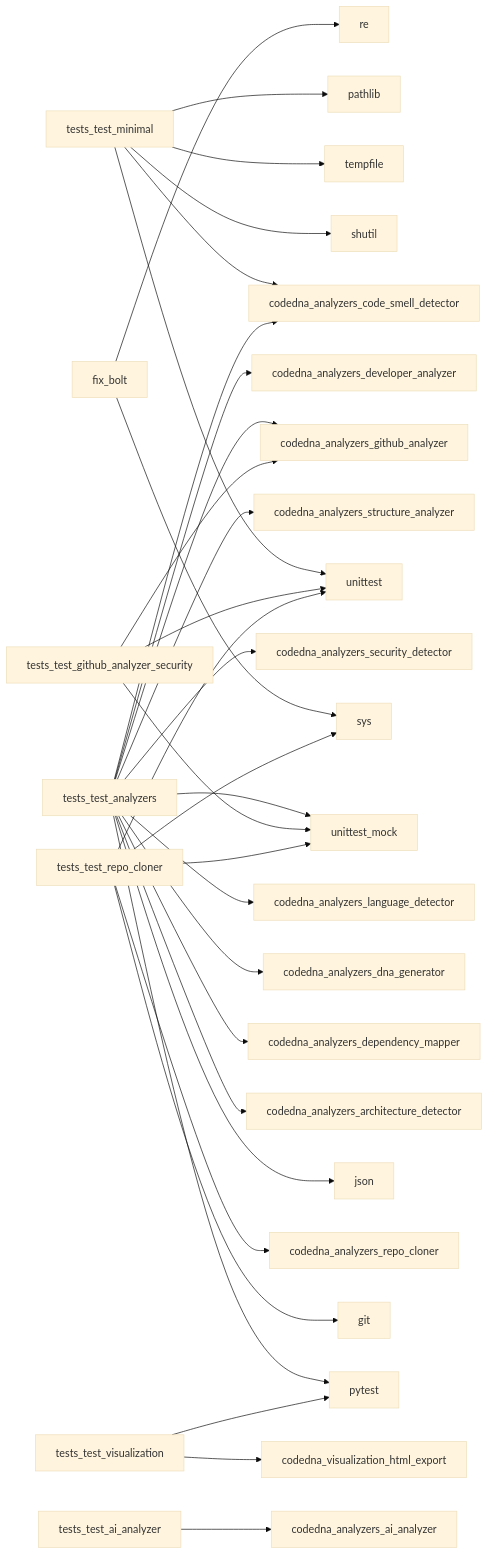
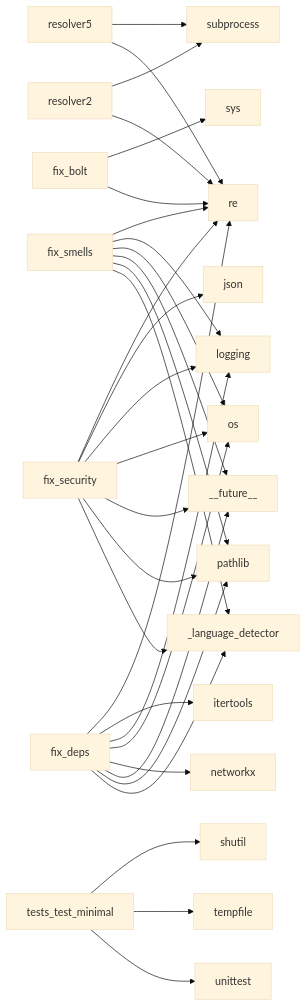
One commit to shenald-dev/codedna changed the diagram in reports/dna_report.md. Above: the diagram before and after it, drawn with Mermaid (base theme). The commit also changed other lines of this file and 20 other files, not shown here.

````diff
--- a/reports/dna_report.md
+++ b/reports/dna_report.md
@@ -50,33 +50,33 @@
 ```mermaid
 graph LR
+    resolver5 --> subprocess
+    resolver5 --> re
+    resolver2 --> subprocess
+    resolver2 --> re
     fix_bolt --> sys
     fix_bolt --> re
+    fix_smells --> re
+    fix_smells --> logging
+    fix_smells --> os
+    fix_smells --> __future__
+    fix_smells --> pathlib
+    fix_smells --> _language_detector
+    fix_deps --> re
+    fix_deps --> itertools
+    fix_deps --> logging
+    fix_deps --> os
+    fix_deps --> networkx
+    fix_deps --> __future__
+    fix_deps --> pathlib
+    fix_deps --> _language_detector
+    fix_security --> re
+    fix_security --> json
+    fix_security --> logging
+    fix_security --> os
+    fix_security --> __future__
+    fix_security --> pathlib
+    fix_security --> _language_detector
     tests_test_minimal --> shutil
     tests_test_minimal --> tempfile
     tests_test_minimal --> unittest
-    tests_test_minimal --> pathlib
-    tests_test_minimal --> codedna_analyzers_code_smell_detector
-    tests_test_analyzers --> pytest
-    tests_test_analyzers --> json
-    tests_test_analyzers --> codedna_analyzers_architecture_detector
-    tests_test_analyzers --> codedna_analyzers_code_smell_detector
-    tests_test_analyzers --> codedna_analyzers_dependency_mapper
-    tests_test_analyzers --> codedna_analyzers_dna_generator
-    tests_test_analyzers --> codedna_analyzers_github_analyzer
-    tests_test_analyzers --> codedna_analyzers_language_detector
-    tests_test_analyzers --> codedna_analyzers_security_detector
-    tests_test_analyzers --> codedna_analyzers_structure_analyzer
-    tests_test_analyzers --> codedna_analyzers_developer_analyzer
-    tests_test_analyzers --> unittest_mock
-    tests_test_visualization --> pytest
-    tests_test_visualization --> codedna_visualization_html_export
-    tests_test_github_analyzer_security --> unittest
-    tests_test_github_analyzer_security --> unittest_mock
-    tests_test_github_analyzer_security --> codedna_analyzers_github_analyzer
-    tests_test_ai_analyzer --> codedna_analyzers_ai_analyzer
-    tests_test_repo_cloner --> sys
-    tests_test_repo_cloner --> unittest
-    tests_test_repo_cloner --> git
-    tests_test_repo_cloner --> unittest_mock
-    tests_test_repo_cloner --> codedna_analyzers_repo_cloner
 ```
````
